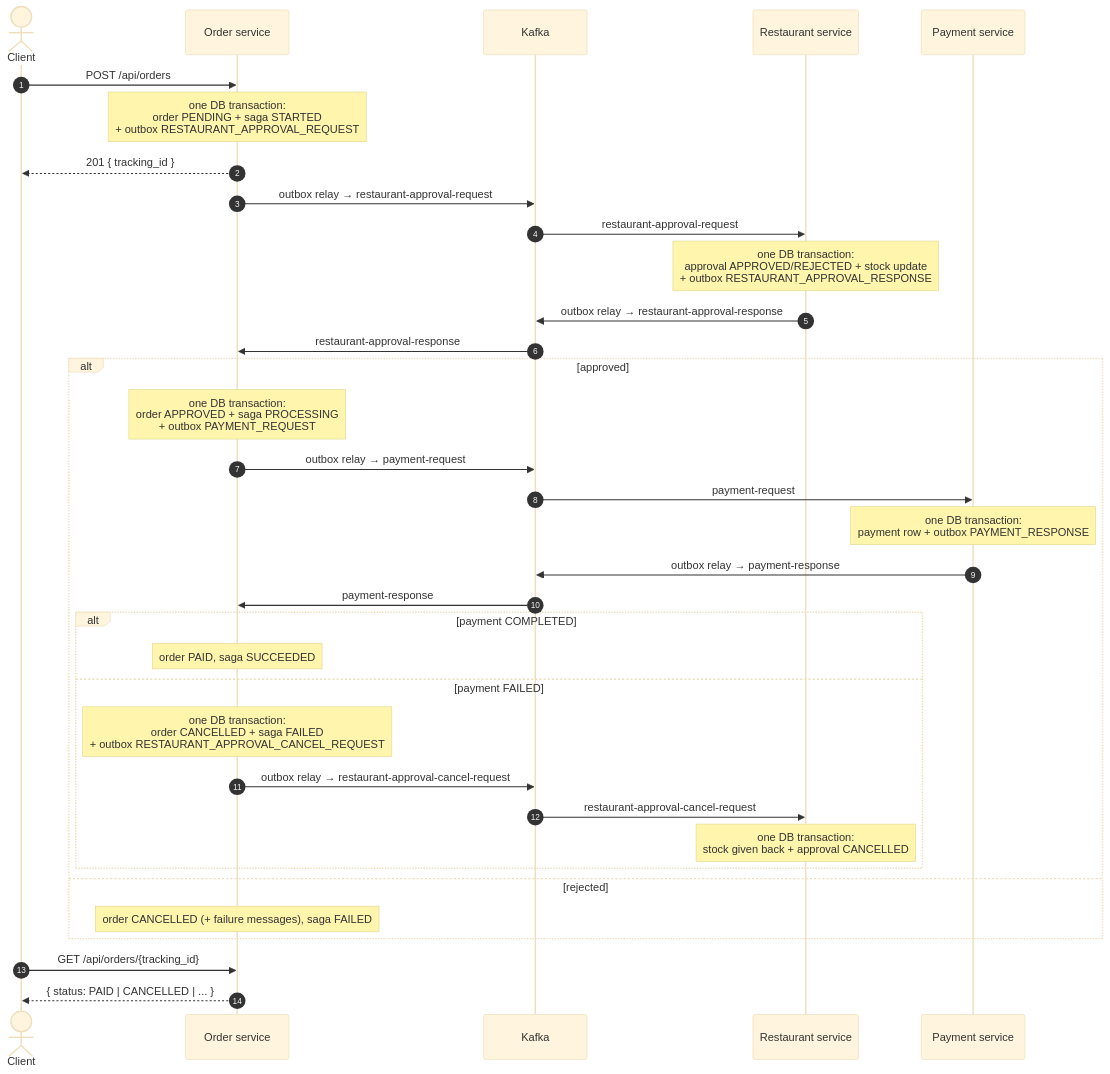
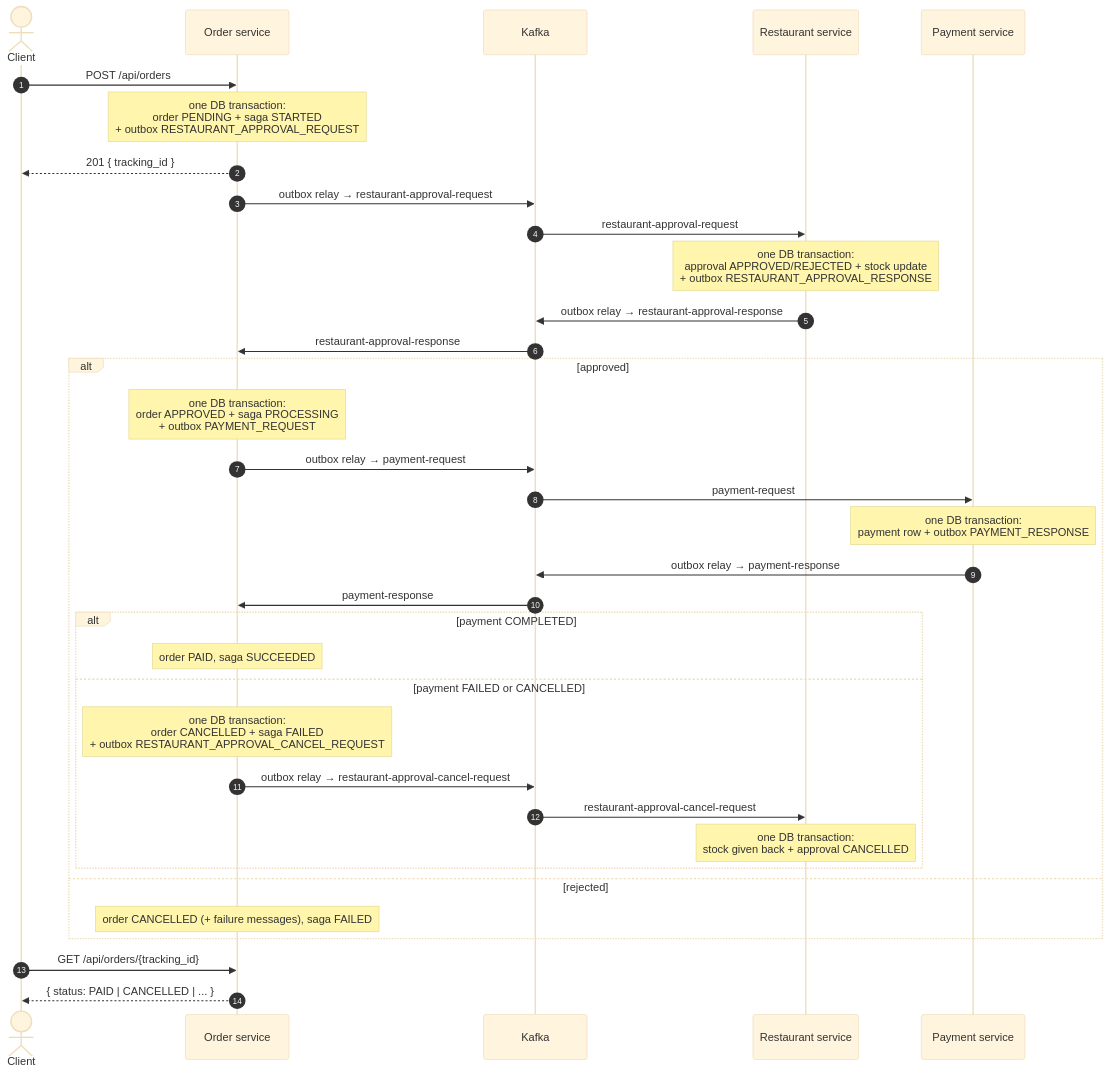
One commit to stepanleas/rust-microservices changed the second of 2 diagrams in README.md. Above: the diagram before and after it, drawn with Mermaid (base theme). The commit also changed other lines of this file and 1 other file, not shown here.

````diff
--- a/README.md
+++ b/README.md
@@ -42,40 +239,40 @@
 ```mermaid
 sequenceDiagram
     autonumber
     actor Client
     participant O as Order service
     participant K as Kafka
     participant R as Restaurant service
     participant P as Payment service
 
     Client->>O: POST /api/orders
     Note over O: one DB transaction:<br/>order PENDING + saga STARTED<br/>+ outbox RESTAURANT_APPROVAL_REQUEST
     O-->>Client: 201 { tracking_id }
     O->>K: outbox relay → restaurant-approval-request
     K->>R: restaurant-approval-request
     Note over R: one DB transaction:<br/>approval APPROVED/REJECTED + stock update<br/>+ outbox RESTAURANT_APPROVAL_RESPONSE
     R->>K: outbox relay → restaurant-approval-response
     K->>O: restaurant-approval-response
 
     alt approved
         Note over O: one DB transaction:<br/>order APPROVED + saga PROCESSING<br/>+ outbox PAYMENT_REQUEST
         O->>K: outbox relay → payment-request
         K->>P: payment-request
         Note over P: one DB transaction:<br/>payment row + outbox PAYMENT_RESPONSE
         P->>K: outbox relay → payment-response
         K->>O: payment-response
         alt payment COMPLETED
             Note over O: order PAID, saga SUCCEEDED
-        else payment FAILED
+        else payment FAILED or CANCELLED
             Note over O: one DB transaction:<br/>order CANCELLED + saga FAILED<br/>+ outbox RESTAURANT_APPROVAL_CANCEL_REQUEST
             O->>K: outbox relay → restaurant-approval-cancel-request
             K->>R: restaurant-approval-cancel-request
             Note over R: one DB transaction:<br/>stock given back + approval CANCELLED
         end
     else rejected
         Note over O: order CANCELLED (+ failure messages), saga FAILED
     end
 
     Client->>O: GET /api/orders/{tracking_id}
     O-->>Client: { status: PAID | CANCELLED | ... }
 ```
````
